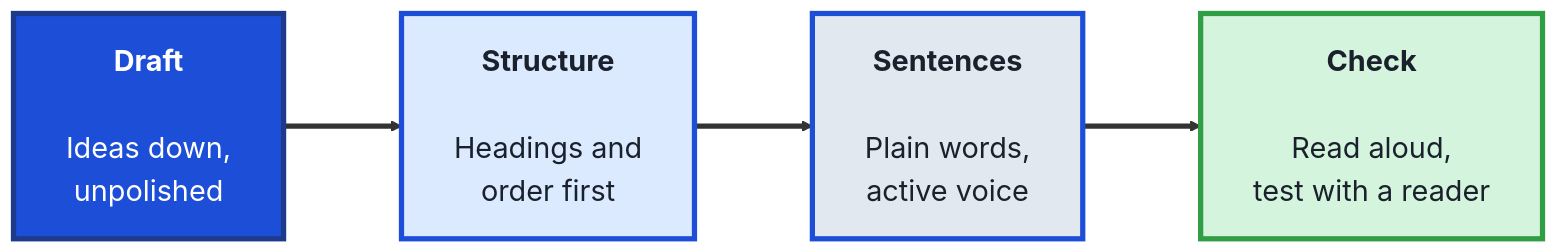
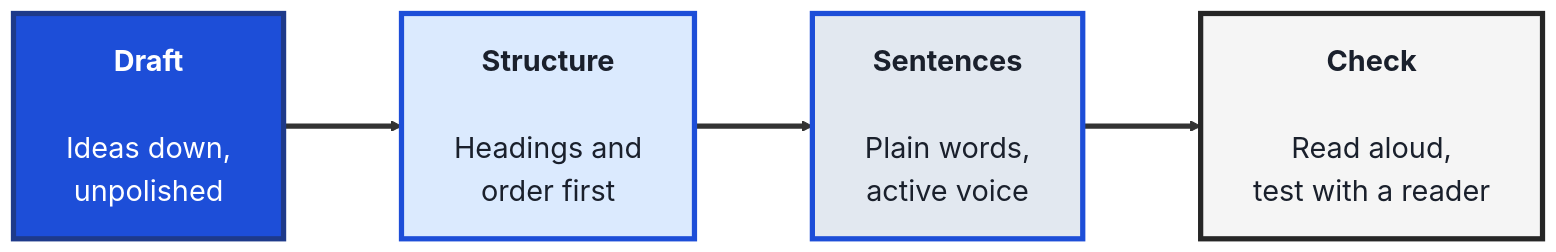
Before and after one commit to SHEMODELTECH/shemodeltech: the third of 3 diagrams in src/Pages/courses/TechLeads/module-4-technical-writing.md, drawn with Mermaid. The commit also changed other lines of this file and 46 other files, not shown here.

````diff
--- a/src/Pages/courses/TechLeads/module-4-technical-writing.md
+++ b/src/Pages/courses/TechLeads/module-4-technical-writing.md
@@ -176,16 +176,16 @@
 ```mermaid
 %%{init: {'theme':'base', 'themeVariables': {'fontSize':'22px', 'primaryTextColor':'#1a202c', 'primaryBorderColor':'#1d4ed8', 'lineColor':'#333333'}, 'flowchart': {'nodeSpacing': 70, 'rankSpacing': 90, 'padding': 20}}}%%
 flowchart LR
     DRAFT["<b>Draft</b><br/><br/>Ideas down,<br/>unpolished"]
     STRUCT["<b>Structure</b><br/><br/>Headings and<br/>order first"]
     SENT["<b>Sentences</b><br/><br/>Plain words,<br/>active voice"]
     CHECK["<b>Check</b><br/><br/>Read aloud,<br/>test with a reader"]
 
     DRAFT ==> STRUCT ==> SENT ==> CHECK
 
     style DRAFT fill:#1d4ed8,color:#fff,stroke:#1e3a8a,stroke-width:4px
     style STRUCT fill:#dbeafe,color:#1a202c,stroke:#1d4ed8,stroke-width:4px
     style SENT fill:#e2e8f0,color:#1a202c,stroke:#1d4ed8,stroke-width:4px
-    style CHECK fill:#d4f4dd,color:#1a202c,stroke:#2f9e44,stroke-width:4px
+    style CHECK fill:#F5F5F5,color:#1a202c,stroke:#262626,stroke-width:4px
     linkStyle default stroke-width:4px,stroke:#333333
 ```
````
